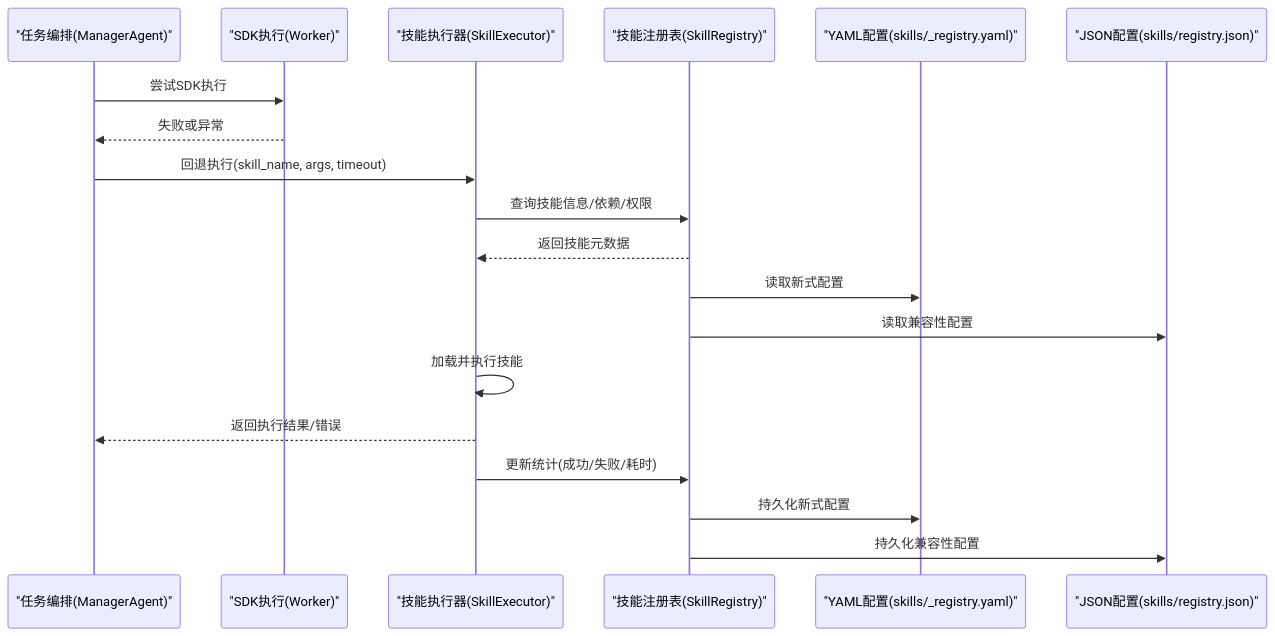
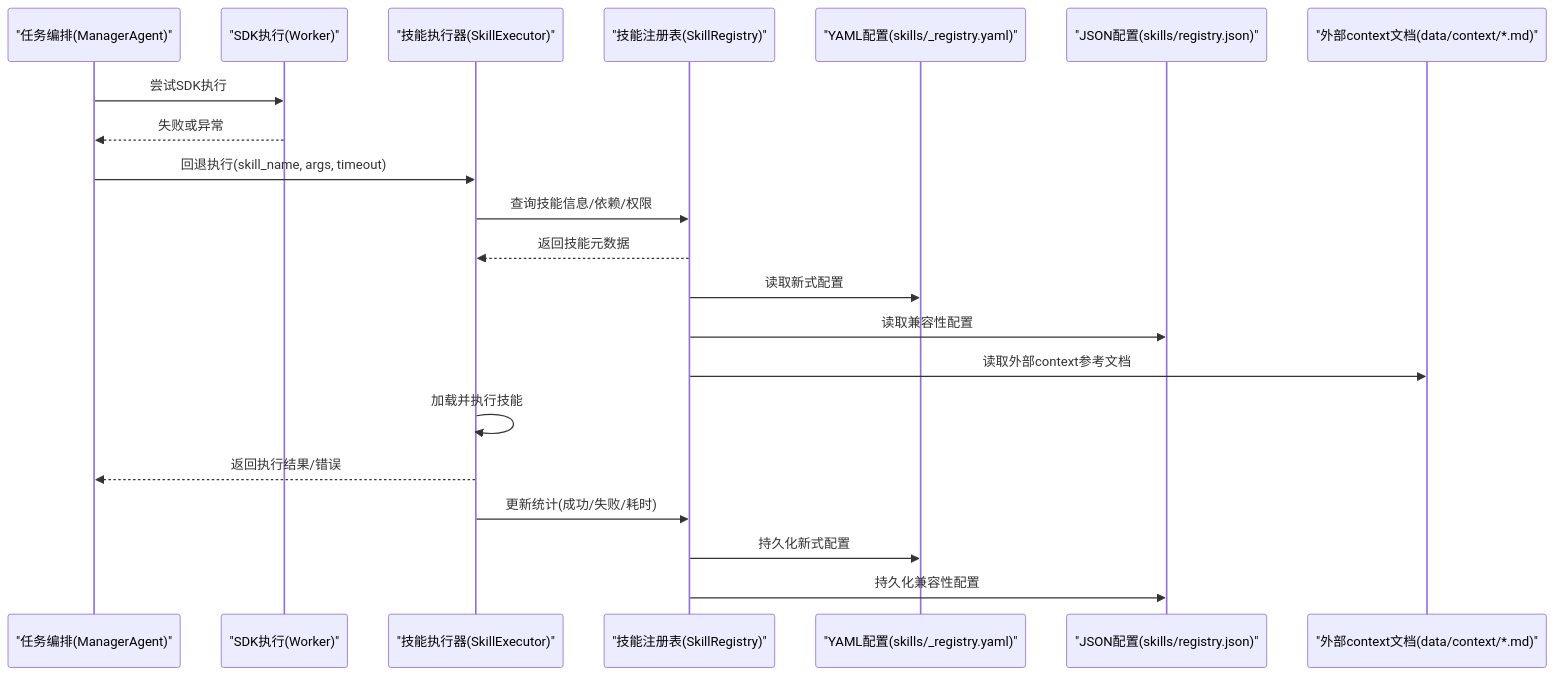
One commit to angledick/- changed the second of 5 diagrams in .qoder/repowiki/zh/content/核心业务模块/技能管理系统/技能管理系统.md. Above: the diagram before and after it, drawn with Mermaid. The commit also changed other lines of this file and 313 other files, not shown here.

````diff
--- a/.qoder/repowiki/zh/content/核心业务模块/技能管理系统/技能管理系统.md
+++ b/.qoder/repowiki/zh/content/核心业务模块/技能管理系统/技能管理系统.md
@@ -92,21 +97,23 @@
 ```mermaid
 sequenceDiagram
 participant Task as "任务编排(ManagerAgent)"
 participant SDK as "SDK执行(Worker)"
 participant Exec as "技能执行器(SkillExecutor)"
 participant Reg as "技能注册表(SkillRegistry)"
 participant Yaml as "YAML配置(skills/_registry.yaml)"
 participant Json as "JSON配置(skills/registry.json)"
+participant Ctx as "外部context文档(data/context/*.md)"
 Task->>SDK : 尝试SDK执行
 SDK-->>Task : 失败或异常
 Task->>Exec : 回退执行(skill_name, args, timeout)
 Exec->>Reg : 查询技能信息/依赖/权限
 Reg-->>Exec : 返回技能元数据
 Reg->>Yaml : 读取新式配置
 Reg->>Json : 读取兼容性配置
+Reg->>Ctx : 读取外部context参考文档
 Exec->>Exec : 加载并执行技能
 Exec-->>Task : 返回执行结果/错误
 Exec->>Reg : 更新统计(成功/失败/耗时)
 Reg->>Yaml : 持久化新式配置
 Reg->>Json : 持久化兼容性配置
 ```
````
